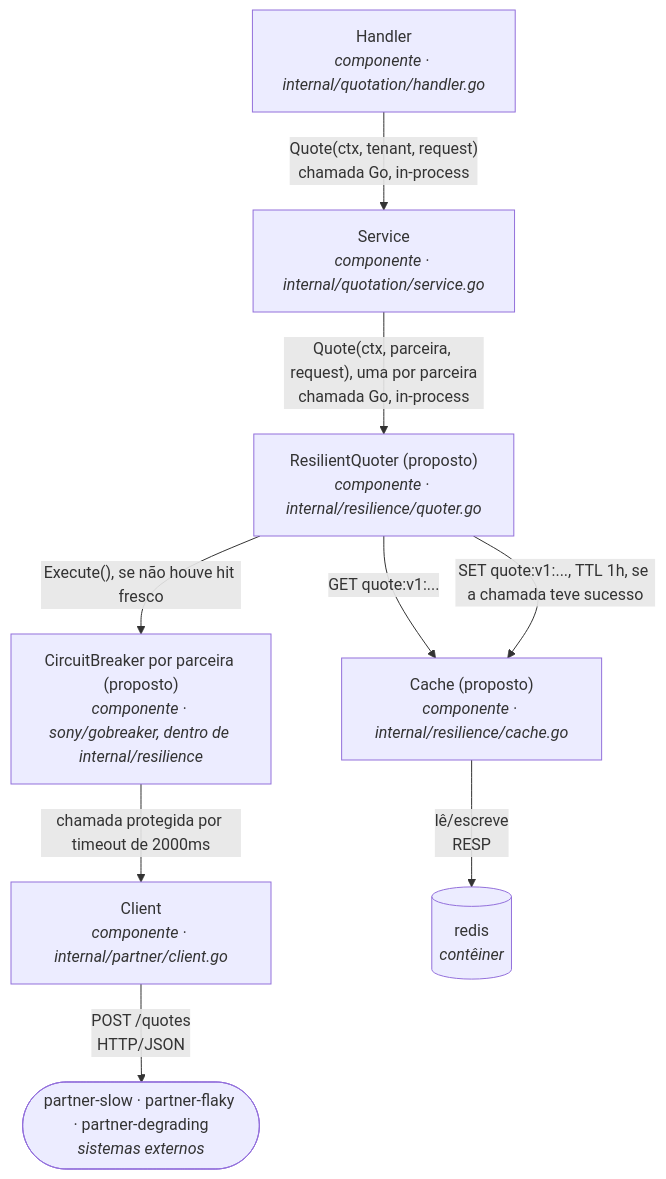
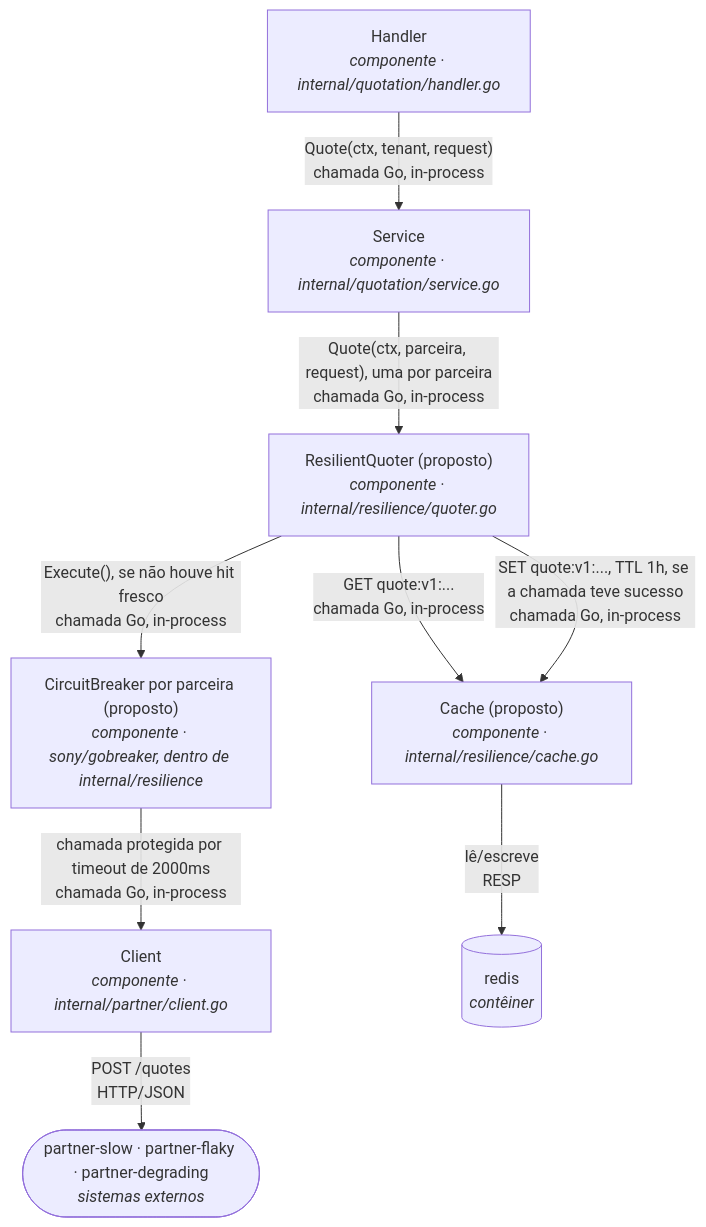
Before and after one commit to Gleuton/mba_arquitetura_desafio_cotacao_seguros: the fourth of 4 diagrams in docs/sad.md, drawn with Mermaid.

Commit message:
Docs: Add in-process call details and clarify ResilientQuoter flow in SAD

````diff
--- a/docs/sad.md
+++ b/docs/sad.md
@@ -289,20 +289,20 @@
 ```mermaid
 flowchart TB
   handler["Handler<br/><i>componente · internal/quotation/handler.go</i>"]
   service["Service<br/><i>componente · internal/quotation/service.go</i>"]
   resilient["ResilientQuoter (proposto)<br/><i>componente · internal/resilience/quoter.go</i>"]
   breaker["CircuitBreaker por parceira (proposto)<br/><i>componente · sony/gobreaker, dentro de internal/resilience</i>"]
   cache["Cache (proposto)<br/><i>componente · internal/resilience/cache.go</i>"]
   client["Client<br/><i>componente · internal/partner/client.go</i>"]
   redis[("redis<br/><i>contêiner</i>")]
   partners(["partner-slow · partner-flaky · partner-degrading<br/><i>sistemas externos</i>"])
 
   handler -- "Quote(ctx, tenant, request)<br/>chamada Go, in-process" --> service
   service -- "Quote(ctx, parceira, request), uma por parceira<br/>chamada Go, in-process" --> resilient
-  resilient -- "GET quote:v1:..." --> cache
+  resilient -- "GET quote:v1:...<br/>chamada Go, in-process" --> cache
   cache -- "lê/escreve<br/>RESP" --> redis
-  resilient -- "Execute(), se não houve hit fresco" --> breaker
-  breaker -- "chamada protegida por timeout de 2000ms" --> client
+  resilient -- "Execute(), se não houve hit fresco<br/>chamada Go, in-process" --> breaker
+  breaker -- "chamada protegida por timeout de 2000ms<br/>chamada Go, in-process" --> client
   client -- "POST /quotes<br/>HTTP/JSON" --> partners
-  resilient -- "SET quote:v1:..., TTL 1h, se a chamada teve sucesso" --> cache
+  resilient -- "SET quote:v1:..., TTL 1h, se a chamada teve sucesso<br/>chamada Go, in-process" --> cache
 ```
````
